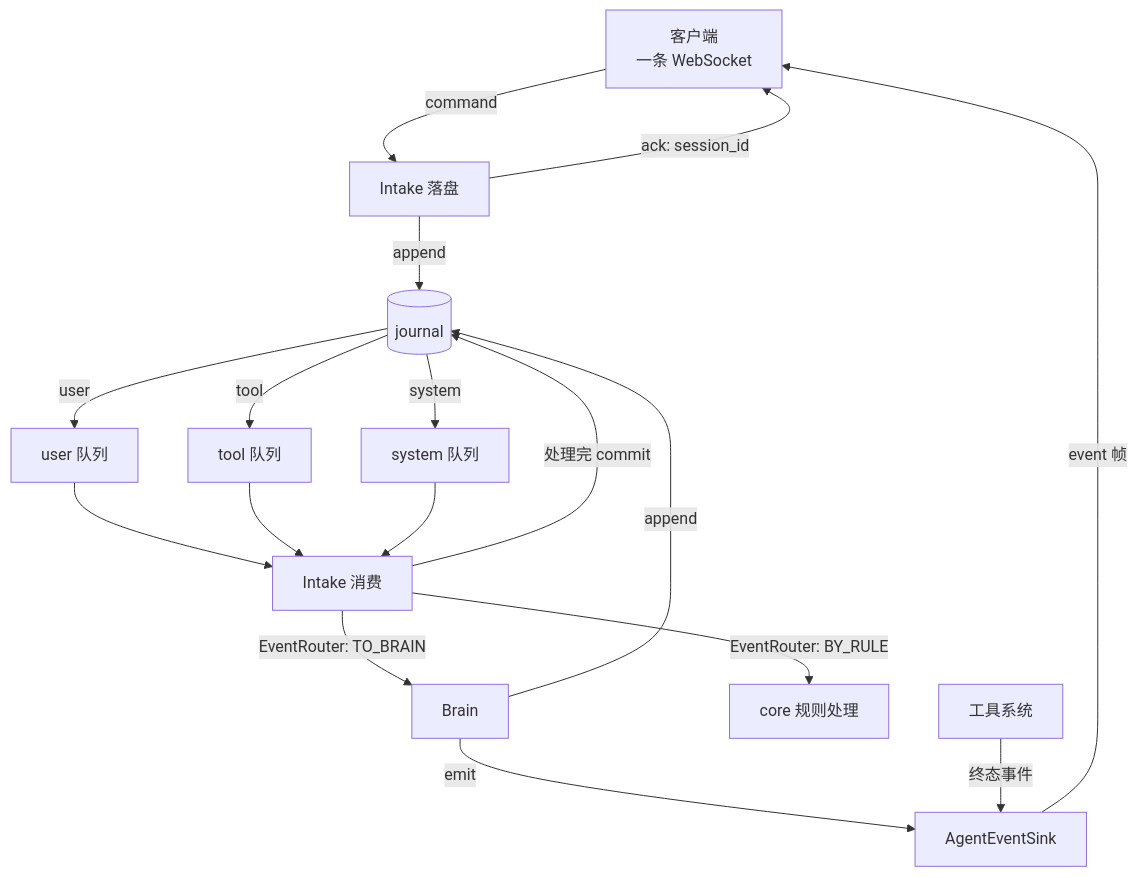
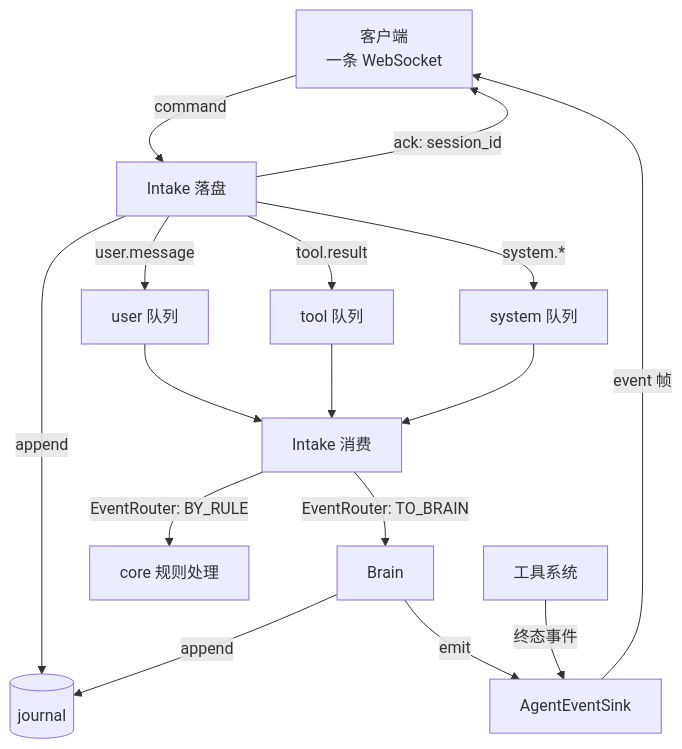
The diagram in spec/feature-event-runtime.md (HymioSpace/Oath), drawn with Mermaid before and after one commit. The commit also changed other lines of this file and 18 other files, not shown here.

First line of the commit message:
refactor(event-runtime)!: 三条真队列替掉 journal 游标视图

````diff
--- a/spec/feature-event-runtime.md
+++ b/spec/feature-event-runtime.md
@@ -34,19 +37,18 @@
 ```mermaid
 flowchart TD
     Client[客户端<br/>一条 WebSocket] -->|command| Intake[Intake 落盘]
     Intake -->|append| Journal[(journal)]
     Intake -->|ack: session_id| Client
 
-    Journal -->|user| FeedUser[user 队列]
-    Journal -->|tool| FeedTool[tool 队列]
-    Journal -->|system| FeedSystem[system 队列]
-    FeedUser & FeedTool & FeedSystem --> Poll[Intake 消费]
+    Intake -->|user.message| QUser[user 队列]
+    Intake -->|tool.result| QTool[tool 队列]
+    Intake -->|system.*| QSystem[system 队列]
+    QUser & QTool & QSystem --> Poll[Intake 消费]
     Poll -->|EventRouter: TO_BRAIN| Brain[Brain]
     Poll -->|EventRouter: BY_RULE| Rule[core 规则处理]
-    Poll -->|处理完 commit| Journal
 
     Brain -->|append| Journal
     Brain -->|emit| Sink[AgentEventSink]
     ToolSystem[工具系统] -->|终态事件| Sink
     Sink -->|event 帧| Client
 ```
````
